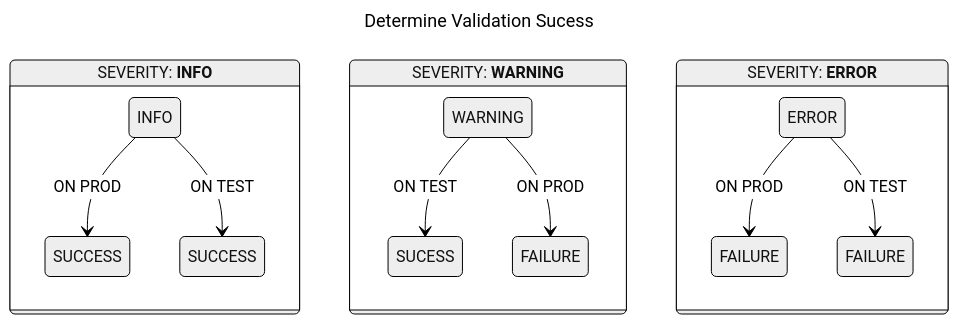
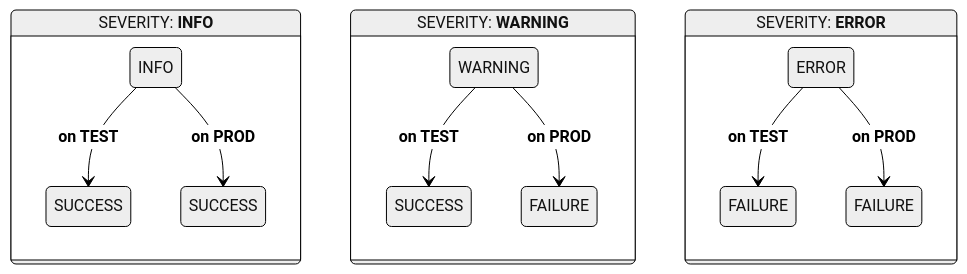
The fifth of 5 diagrams in docs/developers/architecture.md (dasch-swiss/dsp-tools), drawn with Mermaid (neutral theme) before and after one commit. The commit also changed other lines of this file, not shown here.

````diff
--- a/docs/developers/architecture.md
+++ b/docs/developers/architecture.md
@@ -172,29 +175,26 @@
 ```mermaid
----
-title: Determine Validation Sucess
----
 stateDiagram-v2
 
 state "SEVERITY: <b>INFO<b>" as info
 state "SEVERITY: <b>WARNING<b>" as warn
 state "SEVERITY: <b>ERROR<b>" as err
 
     state info {
         state "SUCCESS" as sInfo1
         state "SUCCESS" as sInfo2
-        INFO --> sInfo1: ON PROD
-        INFO --> sInfo2: ON TEST
+        INFO --> sInfo1: <b>on TEST<b>
+        INFO --> sInfo2: <b>on PROD<b>
     }
 
     state warn {
-        WARNING --> SUCESS: ON TEST
-        WARNING --> FAILURE: ON PROD
+        WARNING --> SUCCESS: <b>on TEST<b>
+        WARNING --> FAILURE: <b>on PROD<b>
     }
 
     state err {
         state "FAILURE" as f1
         state "FAILURE" as f2
-        ERROR --> f1: ON PROD
-        ERROR --> f2: ON TEST
+        ERROR --> f1: <b>on TEST<b>
+        ERROR --> f2: <b>on PROD<b>
     }
 ```
````
